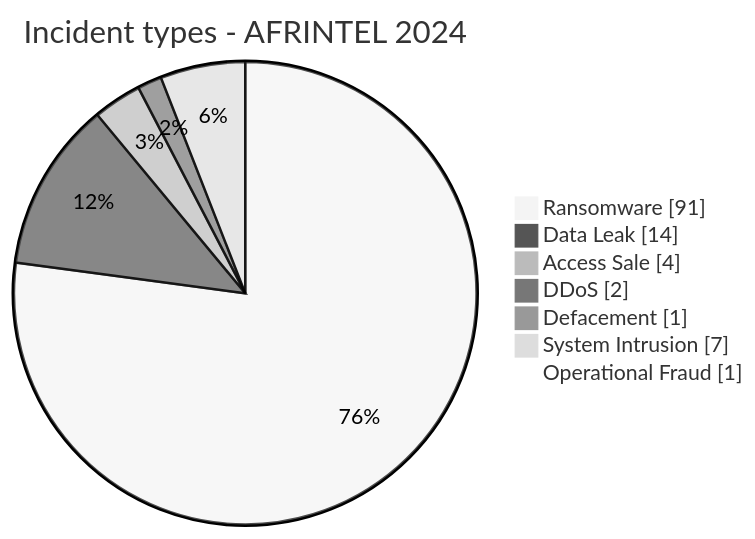
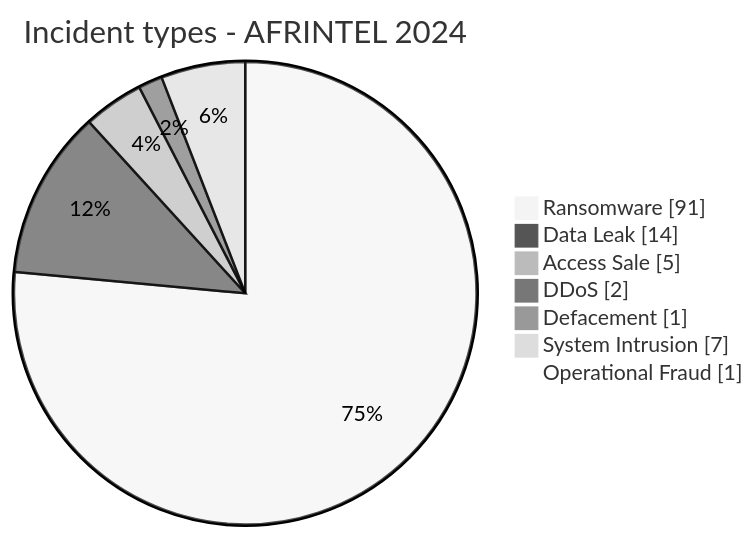
Before and after one commit to Hatchepsoute/AFRINTEL: the second of 2 diagrams in CyberAttackAfrica/2024/README.md, drawn with Mermaid (neutral theme). The commit also changed other lines of this file and 43 other files, not shown here.

````diff
--- a/CyberAttackAfrica/2024/README.md
+++ b/CyberAttackAfrica/2024/README.md
@@ -73,11 +73,11 @@
 ```mermaid
 pie showData
     title Incident types - AFRINTEL 2024
     "Ransomware" : 91
     "Data Leak" : 14
-    "Access Sale" : 4
+    "Access Sale" : 5
     "DDoS" : 2
     "Defacement" : 1
     "System Intrusion" : 7
     "Operational Fraud" : 1
 ```
````
